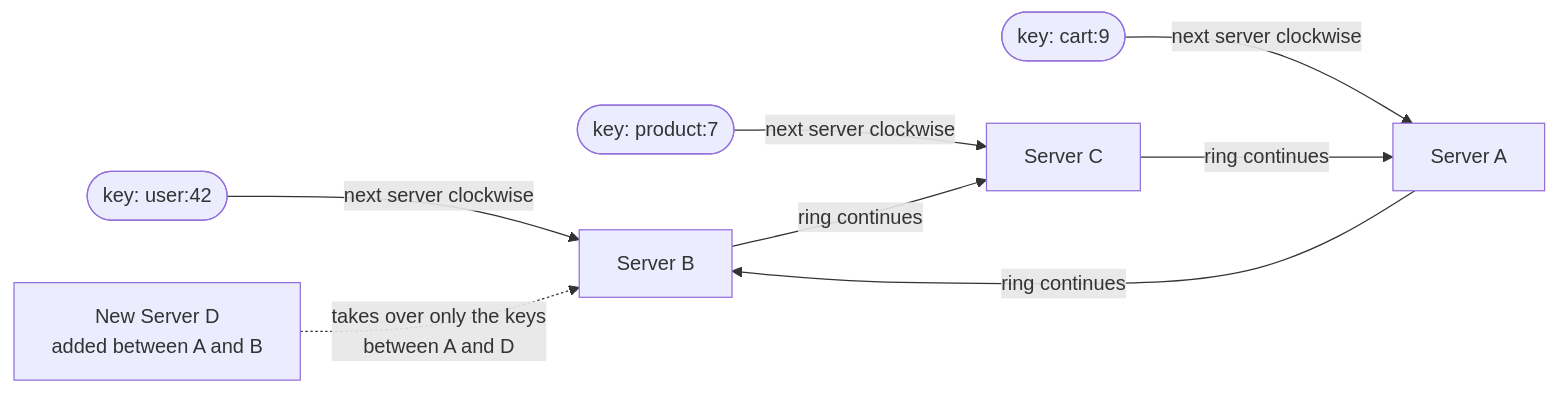
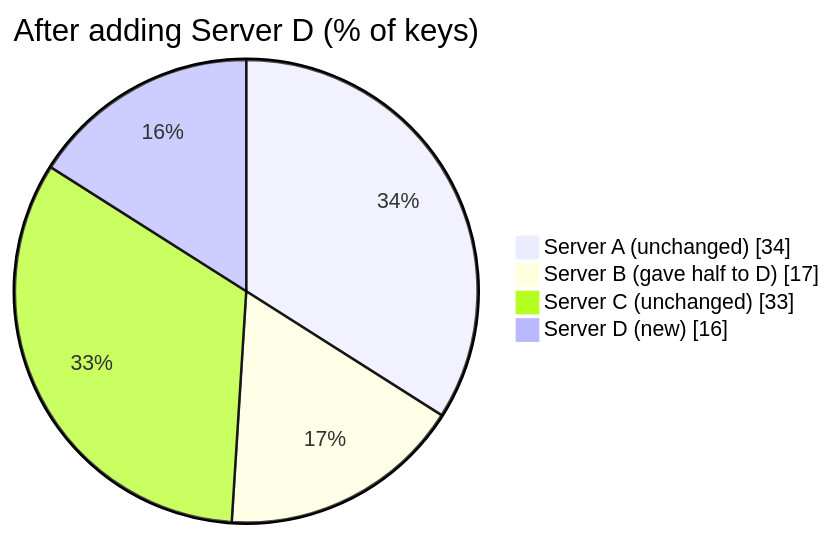
One commit to j2jun/system-design-notes changed the third of 4 diagrams in notes/distributed-caching.md. Above: the diagram before and after it, drawn with Mermaid. The commit also changed other lines of this file, not shown here.

Commit message:
Replace tangled hash ring diagram with before/after pie charts

````diff
--- a/notes/distributed-caching.md
+++ b/notes/distributed-caching.md
@@ -65,10 +76,9 @@
 ```mermaid
-flowchart LR
-    accTitle: Consistent hashing ring
-    accDescr: Keys and cache servers are both placed on a ring by their hash. Each key belongs to the next server clockwise. Key user 42 lands before Server B, so Server B owns it. When a new Server D is added between Server A and Server B, only the keys in that one section move to Server D; all other keys stay where they were.
-    K1([key: user:42]) -->|next server clockwise| B[Server B]
-    K2([key: product:7]) -->|next server clockwise| C[Server C]
-    K3([key: cart:9]) -->|next server clockwise| A[Server A]
-    A -->|ring continues| B -->|ring continues| C -->|ring continues| A
-    New[New Server D<br/>added between A and B] -.->|takes over only the keys<br/>between A and D| B
+pie showData title After adding Server D (% of keys)
+    accTitle: Hash ring ownership after adding Server D
+    accDescr: Server D is added between Server A and Server B and takes over half of Server B's slice. Server A still owns 34 percent and Server C 33 percent, unchanged. Server B now owns 17 percent and Server D 16 percent. Only the 16 percent of keys that moved to D change servers.
+    "Server A (unchanged)" : 34
+    "Server B (gave half to D)" : 17
+    "Server C (unchanged)" : 33
+    "Server D (new)" : 16
 ```
````
